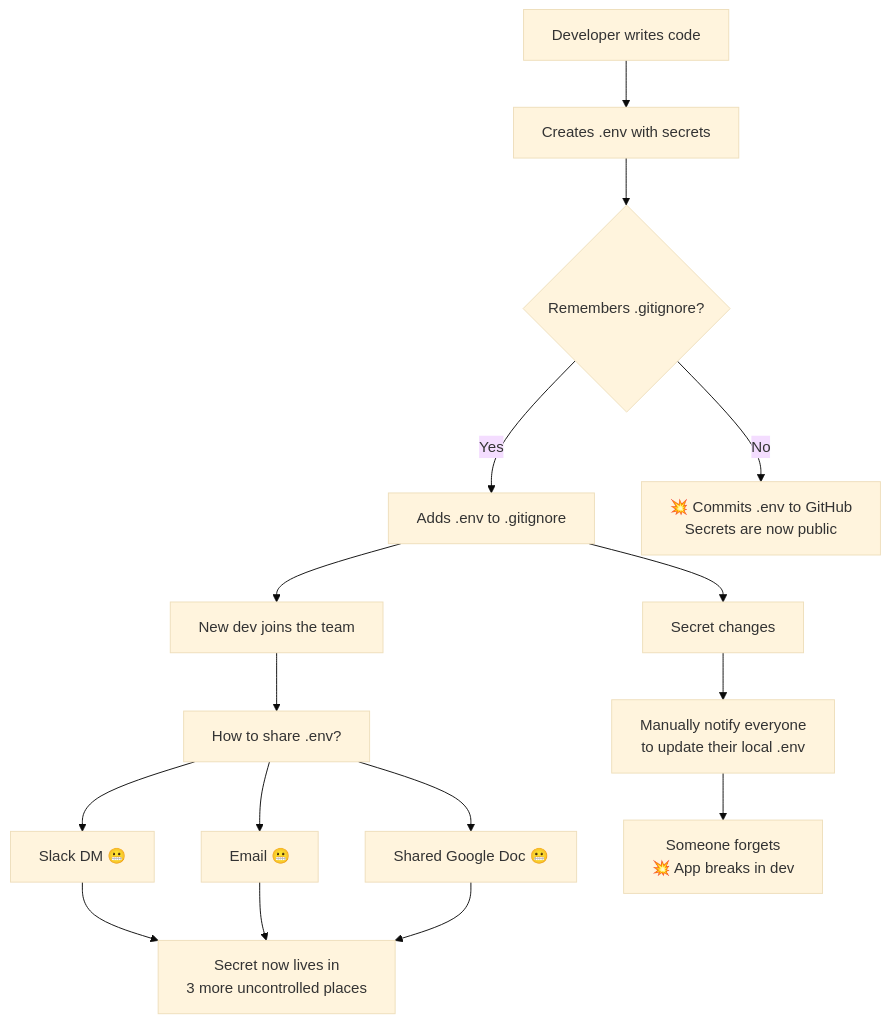
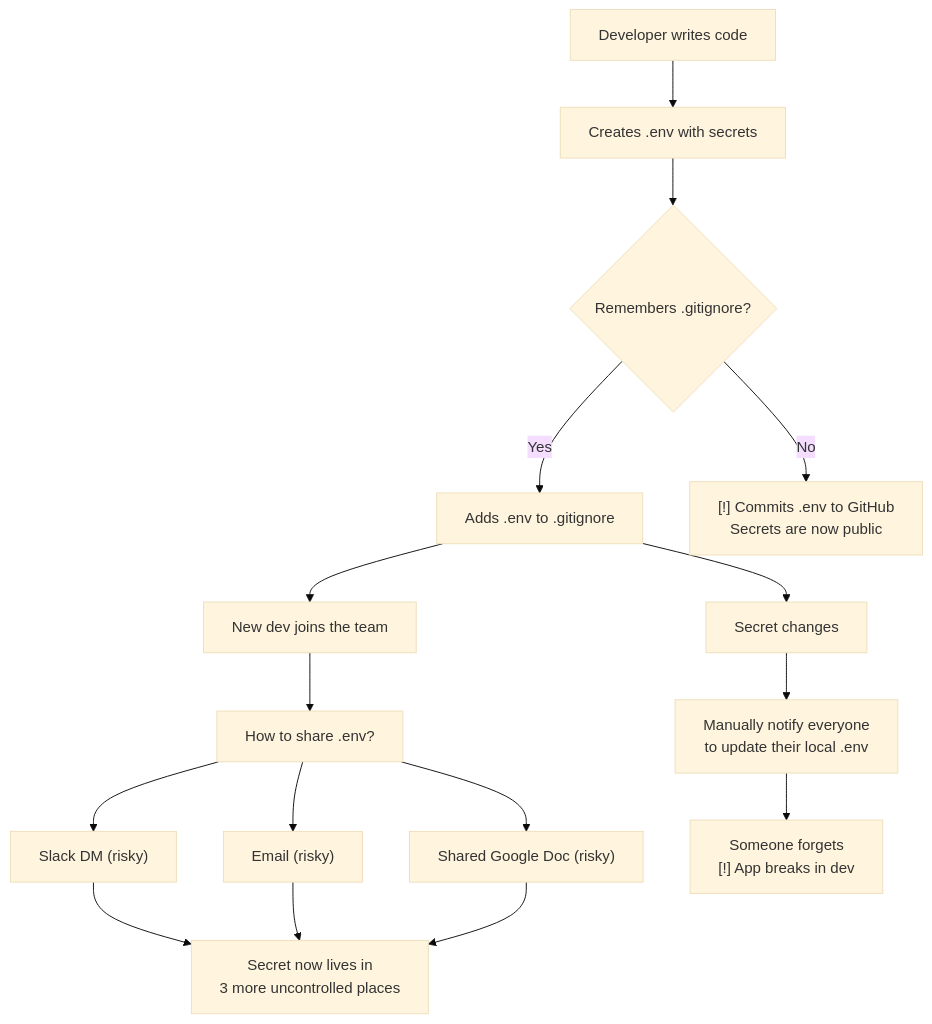
Before and after one commit to dtg-lucifer/piush.in: the first of 11 diagrams in public/articles/2026_04_30_encrypting_your_env_with_dotenvx.md, drawn with Mermaid (base theme). The commit also changed other lines of this file and 1 other file, not shown here.

````diff
--- a/public/articles/2026_04_30_encrypting_your_env_with_dotenvx.md
+++ b/public/articles/2026_04_30_encrypting_your_env_with_dotenvx.md
@@ -161,16 +187,16 @@
 ```mermaid
 flowchart TD
     A["Developer writes code"] --> B["Creates .env with secrets"]
     B --> C{"Remembers .gitignore?"}
     C -->|Yes| D["Adds .env to .gitignore"]
-    C -->|No| E["💥 Commits .env to GitHub\nSecrets are now public"]
+    C -->|No| E["[!] Commits .env to GitHub\nSecrets are now public"]
     D --> F["New dev joins the team"]
     F --> G["How to share .env?"]
-    G --> H["Slack DM 😬"]
-    G --> I["Email 😬"]
-    G --> J["Shared Google Doc 😬"]
+    G --> H["Slack DM (risky)"]
+    G --> I["Email (risky)"]
+    G --> J["Shared Google Doc (risky)"]
     H & I & J --> K["Secret now lives in\n3 more uncontrolled places"]
     D --> L["Secret changes"]
     L --> M["Manually notify everyone\nto update their local .env"]
-    M --> N["Someone forgets\n💥 App breaks in dev"]
+    M --> N["Someone forgets\n[!] App breaks in dev"]
 ```
````
